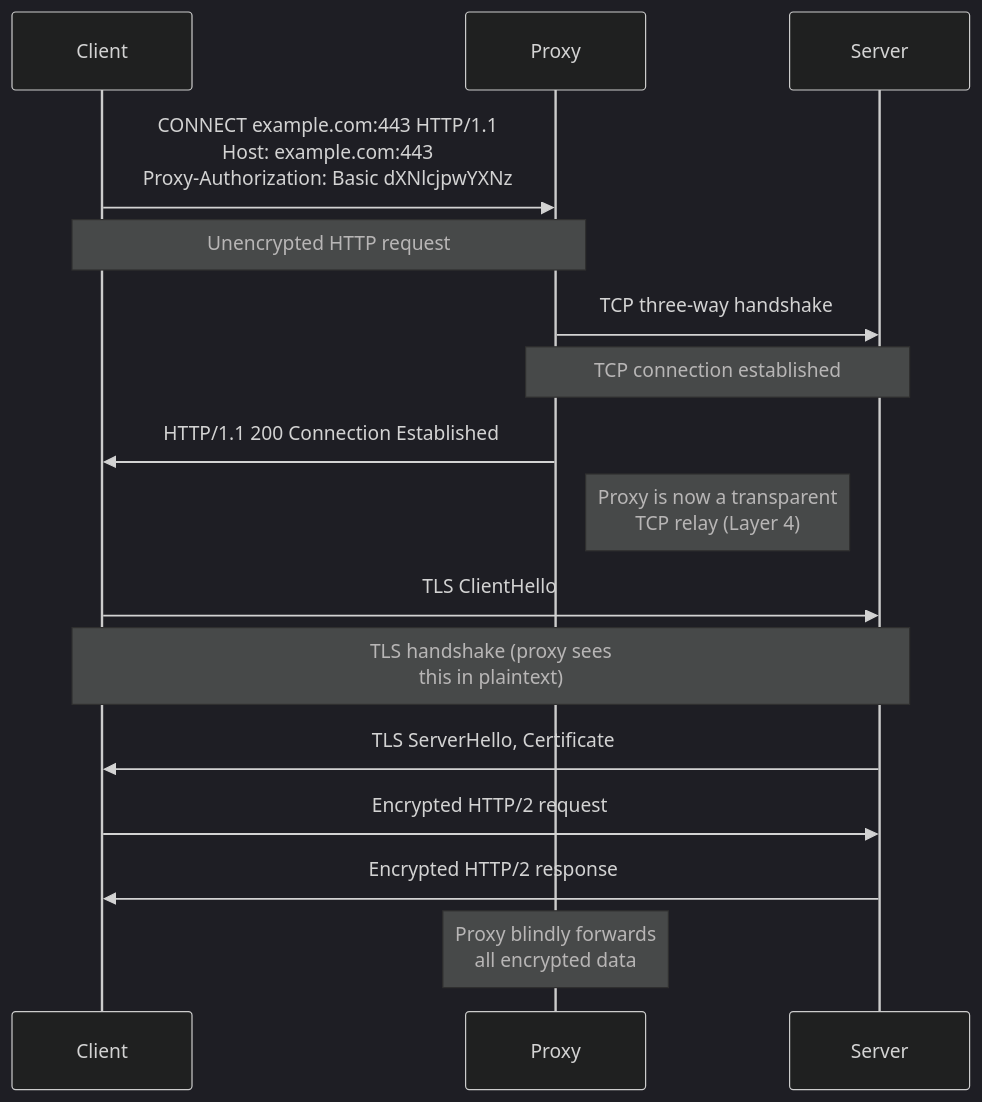
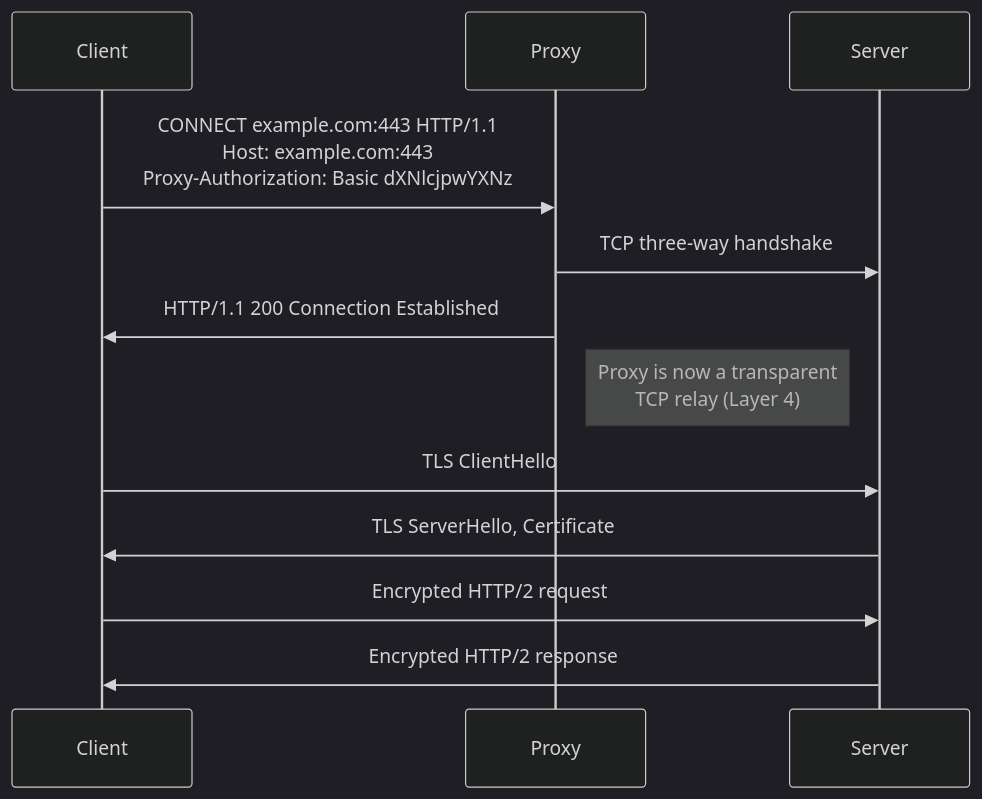
One commit to autoscrape-labs/pydoll changed the second of 2 diagrams in docs/en/deep-dive/network/http-proxies.md. Above: the diagram before and after it, drawn with Mermaid (dark theme). The commit also changed other lines of this file and 120 other files, not shown here.

````diff
--- a/docs/en/deep-dive/network/http-proxies.md
+++ b/docs/en/deep-dive/network/http-proxies.md
@@ -71,25 +58,15 @@
 ```mermaid
 sequenceDiagram
     participant Client
     participant Proxy
     participant Server
 
     Client->>Proxy: CONNECT example.com:443 HTTP/1.1<br/>Host: example.com:443<br/>Proxy-Authorization: Basic dXNlcjpwYXNz
-    Note over Client,Proxy: Unencrypted HTTP request
-
     Proxy->>Server: TCP three-way handshake
-    Note over Proxy,Server: TCP connection established
-
     Proxy->>Client: HTTP/1.1 200 Connection Established
-
     Note right of Proxy: Proxy is now a transparent<br/>TCP relay (Layer 4)
-
     Client->>Server: TLS ClientHello
-    Note over Client,Server: TLS handshake (proxy sees<br/>this in plaintext)
     Server->>Client: TLS ServerHello, Certificate
-
     Client->>Server: Encrypted HTTP/2 request
     Server->>Client: Encrypted HTTP/2 response
-
-    Note over Proxy: Proxy blindly forwards<br/>all encrypted data
 ```
````
